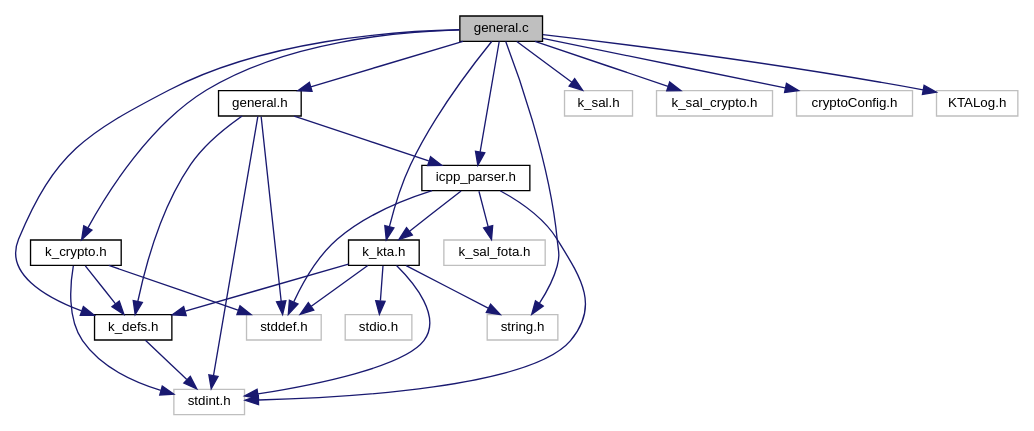
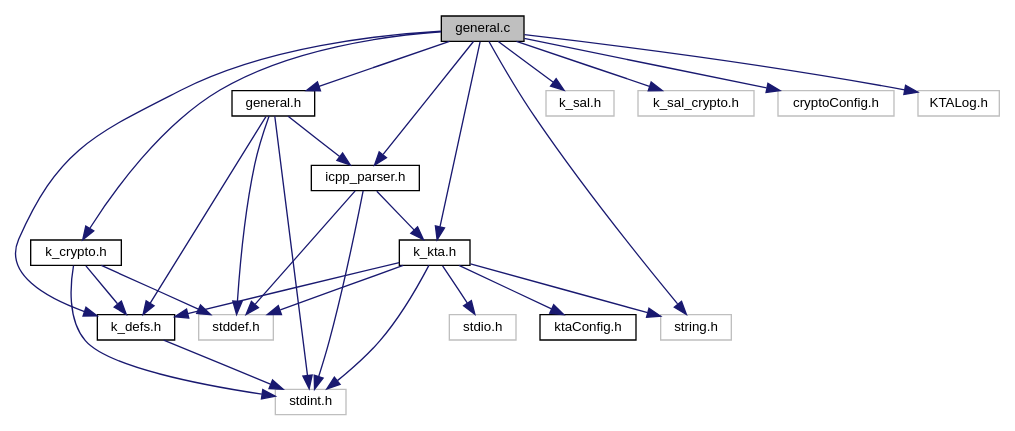
The diagram in docs/kta/doc/general_8c__incl.dot (Kudelski-IoT/keySTREAM_provisioning), drawn with Graphviz before and after one commit. The commit also changed 260 other files, not shown here.

Commit message:
[Microchip Harmony - keySTREAM Trusted Agent] 1. Update Pre-configured apps 2. Update scripts 3. Added ktaConfig

```diff
--- a/docs/kta/doc/general_8c__incl.dot
+++ b/docs/kta/doc/general_8c__incl.dot
@@ -1,48 +1,48 @@
 digraph "general.c"
 {
  // LATEX_PDF_SIZE
   edge [fontname="Helvetica",fontsize="10",labelfontname="Helvetica",labelfontsize="10"];
   node [fontname="Helvetica",fontsize="10",shape=record];
   Node1 [label="general.c",height=0.2,width=0.4,color="black", fillcolor="grey75", style="filled", fontcolor="black",tooltip="keySTREAM Trusted Agent - General module to perform coding of data."];
   Node1 -> Node2 [color="midnightblue",fontsize="10",style="solid",fontname="Helvetica"];
   Node2 [label="general.h",height=0.2,width=0.4,color="black", fillcolor="white", style="filled",URL="$general_8h.html",tooltip="keySTREAM Trusted Agent - General module to perform coding of data."];
   Node2 -> Node3 [color="midnightblue",fontsize="10",style="solid",fontname="Helvetica"];
   Node3 [label="k_defs.h",height=0.2,width=0.4,color="black", fillcolor="white", style="filled",URL="$k__defs_8h.html",tooltip="keySTREAM Trusted Agent - Type definitions."];
   Node3 -> Node4 [color="midnightblue",fontsize="10",style="solid",fontname="Helvetica"];
   Node4 [label="stdint.h",height=0.2,width=0.4,color="grey75", fillcolor="white", style="filled",tooltip=" "];
   Node2 -> Node5 [color="midnightblue",fontsize="10",style="solid",fontname="Helvetica"];
   Node5 [label="icpp_parser.h",height=0.2,width=0.4,color="black", fillcolor="white", style="filled",URL="$icpp__parser_8h.html",tooltip="keySTREAM Trusted Agent- ICPP parser to parse message received from keySTREAM."];
   Node5 -> Node6 [color="midnightblue",fontsize="10",style="solid",fontname="Helvetica"];
   Node6 [label="stddef.h",height=0.2,width=0.4,color="grey75", fillcolor="white", style="filled",tooltip=" "];
   Node5 -> Node4 [color="midnightblue",fontsize="10",style="solid",fontname="Helvetica"];
   Node5 -> Node7 [color="midnightblue",fontsize="10",style="solid",fontname="Helvetica"];
   Node7 [label="k_kta.h",height=0.2,width=0.4,color="black", fillcolor="white", style="filled",URL="$k__kta_8h.html",tooltip="keySTREAM Trusted Agent - Public interface."];
   Node7 -> Node3 [color="midnightblue",fontsize="10",style="solid",fontname="Helvetica"];
+  Node7 -> Node8 [color="midnightblue",fontsize="10",style="solid",fontname="Helvetica"];
+  Node8 [label="ktaConfig.h",height=0.2,width=0.4,color="black", fillcolor="white", style="filled",URL="$kta_config_8h.html",tooltip="Configuration file for keySTREAM Trusted Agent."];
   Node7 -> Node6 [color="midnightblue",fontsize="10",style="solid",fontname="Helvetica"];
   Node7 -> Node4 [color="midnightblue",fontsize="10",style="solid",fontname="Helvetica"];
-  Node7 -> Node8 [color="midnightblue",fontsize="10",style="solid",fontname="Helvetica"];
-  Node8 [label="string.h",height=0.2,width=0.4,color="grey75", fillcolor="white", style="filled",tooltip=" "];
   Node7 -> Node9 [color="midnightblue",fontsize="10",style="solid",fontname="Helvetica"];
-  Node9 [label="stdio.h",height=0.2,width=0.4,color="grey75", fillcolor="white", style="filled",tooltip=" "];
-  Node5 -> Node10 [color="midnightblue",fontsize="10",style="solid",fontname="Helvetica"];
-  Node10 [label="k_sal_fota.h",height=0.2,width=0.4,color="grey75", fillcolor="white", style="filled",tooltip=" "];
+  Node9 [label="string.h",height=0.2,width=0.4,color="grey75", fillcolor="white", style="filled",tooltip=" "];
+  Node7 -> Node10 [color="midnightblue",fontsize="10",style="solid",fontname="Helvetica"];
+  Node10 [label="stdio.h",height=0.2,width=0.4,color="grey75", fillcolor="white", style="filled",tooltip=" "];
   Node2 -> Node4 [color="midnightblue",fontsize="10",style="solid",fontname="Helvetica"];
   Node2 -> Node6 [color="midnightblue",fontsize="10",style="solid",fontname="Helvetica"];
   Node1 -> Node3 [color="midnightblue",fontsize="10",style="solid",fontname="Helvetica"];
   Node1 -> Node5 [color="midnightblue",fontsize="10",style="solid",fontname="Helvetica"];
   Node1 -> Node11 [color="midnightblue",fontsize="10",style="solid",fontname="Helvetica"];
   Node11 [label="k_crypto.h",height=0.2,width=0.4,color="black", fillcolor="white", style="filled",URL="$k__crypto_8h.html",tooltip="keySTREAM Trusted Agent - Cipher module for cryptographic operations."];
   Node11 -> Node3 [color="midnightblue",fontsize="10",style="solid",fontname="Helvetica"];
   Node11 -> Node4 [color="midnightblue",fontsize="10",style="solid",fontname="Helvetica"];
   Node11 -> Node6 [color="midnightblue",fontsize="10",style="solid",fontname="Helvetica"];
   Node1 -> Node7 [color="midnightblue",fontsize="10",style="solid",fontname="Helvetica"];
   Node1 -> Node12 [color="midnightblue",fontsize="10",style="solid",fontname="Helvetica"];
   Node12 [label="k_sal.h",height=0.2,width=0.4,color="grey75", fillcolor="white", style="filled",tooltip=" "];
   Node1 -> Node13 [color="midnightblue",fontsize="10",style="solid",fontname="Helvetica"];
   Node13 [label="k_sal_crypto.h",height=0.2,width=0.4,color="grey75", fillcolor="white", style="filled",tooltip=" "];
   Node1 -> Node14 [color="midnightblue",fontsize="10",style="solid",fontname="Helvetica"];
   Node14 [label="cryptoConfig.h",height=0.2,width=0.4,color="grey75", fillcolor="white", style="filled",tooltip=" "];
   Node1 -> Node15 [color="midnightblue",fontsize="10",style="solid",fontname="Helvetica"];
   Node15 [label="KTALog.h",height=0.2,width=0.4,color="grey75", fillcolor="white", style="filled",tooltip=" "];
-  Node1 -> Node8 [color="midnightblue",fontsize="10",style="solid",fontname="Helvetica"];
+  Node1 -> Node9 [color="midnightblue",fontsize="10",style="solid",fontname="Helvetica"];
 }
```
